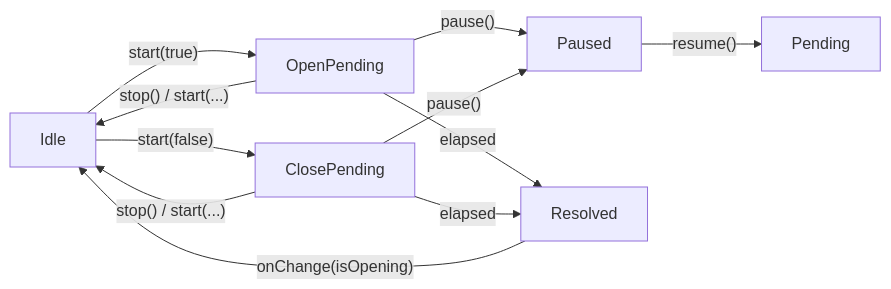
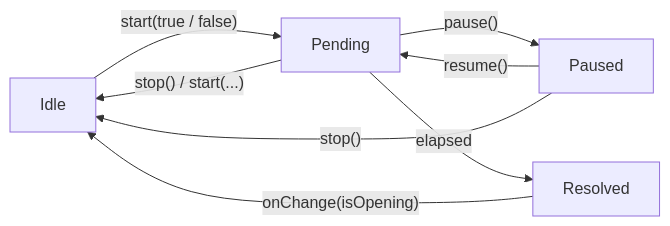
Before and after one commit to vuetifyjs/0: the diagram in apps/docs/src/pages/composables/system/use-delay.md, drawn with Mermaid. The commit also changed other lines of this file and 2 other files, not shown here.

````diff
--- a/apps/docs/src/pages/composables/system/use-delay.md
+++ b/apps/docs/src/pages/composables/system/use-delay.md
@@ -58,13 +58,10 @@
 ```mermaid "useDelay Lifecycle"
 flowchart LR
-  Idle -- "start(true)" --> OpenPending
-  Idle -- "start(false)" --> ClosePending
-  OpenPending -- "pause()" --> Paused
-  ClosePending -- "pause()" --> Paused
+  Idle -- "start(true / false)" --> Pending
+  Pending -- "pause()" --> Paused
   Paused -- "resume()" --> Pending
-  OpenPending -- "elapsed" --> Resolved
-  ClosePending -- "elapsed" --> Resolved
+  Pending -- "elapsed" --> Resolved
   Resolved -- "onChange(isOpening)" --> Idle
-  OpenPending -- "stop() / start(...)" --> Idle
-  ClosePending -- "stop() / start(...)" --> Idle
+  Pending -- "stop() / start(...)" --> Idle
+  Paused -- "stop()" --> Idle
 ```
````
